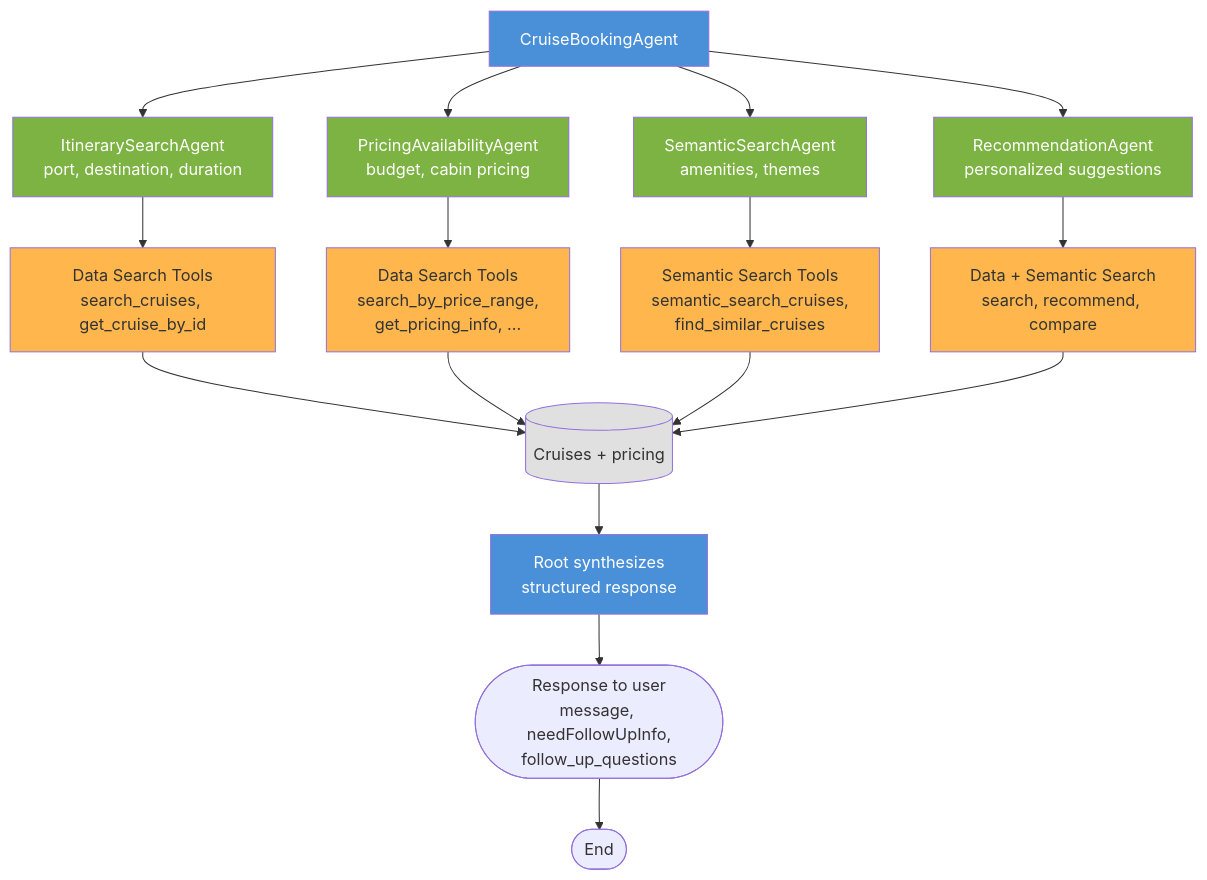
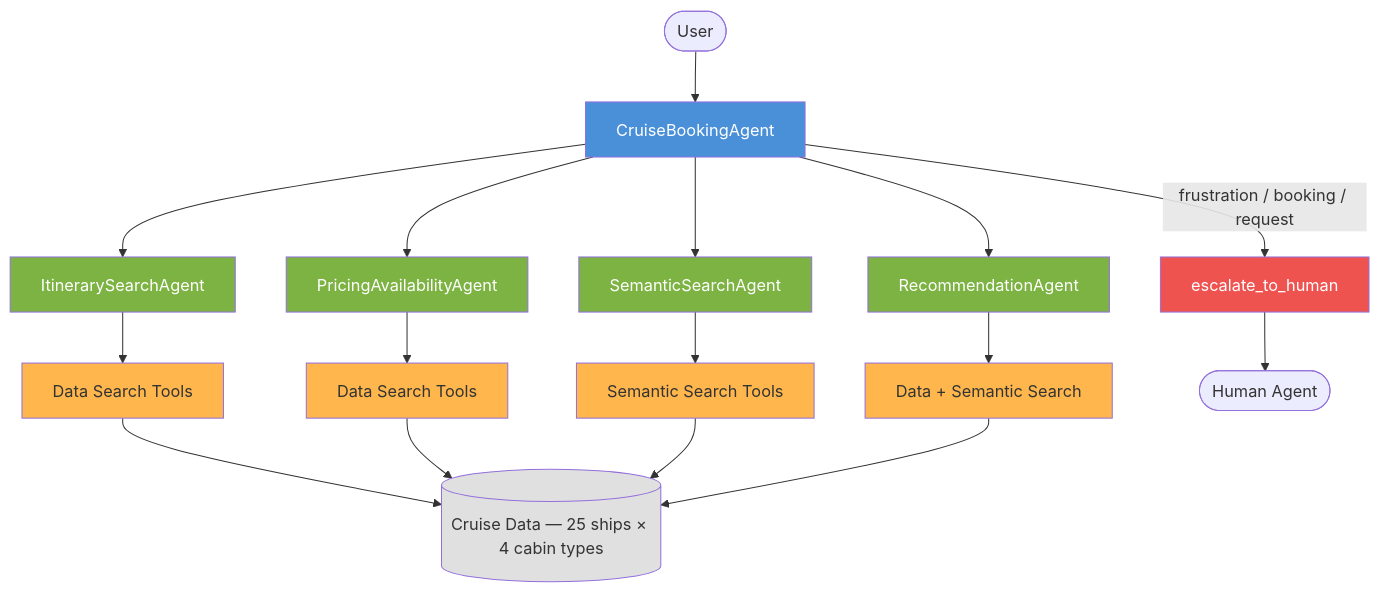
Before and after one commit to droidnext/agent-evals-demo: the diagram in README.md, drawn with Mermaid. The commit also changed other lines of this file and 22 other files, not shown here.

````diff
--- a/README.md
+++ b/README.md
@@ -26,30 +37,30 @@
 ```mermaid
 flowchart TB
-    RouteAgent[CruiseBookingAgent] --> Itinerary[ItinerarySearchAgent\nport, destination, duration]
-    RouteAgent --> Pricing[PricingAvailabilityAgent\nbudget, cabin pricing]
-    RouteAgent --> Search[SemanticSearchAgent\namenities, themes]
-    RouteAgent --> Rec[RecommendationAgent\npersonalized suggestions]
-    Itinerary --> Tools1[Data Search Tools\nsearch_cruises, get_cruise_by_id]
-    Pricing --> Tools2[Data Search Tools\nsearch_by_price_range,\nget_pricing_info, ...]
-    Search --> Tools3[Semantic Search Tools\nsemantic_search_cruises,\nfind_similar_cruises]
-    Rec --> Tools4[Data + Semantic Search\nsearch, recommend, compare]
-    Tools1 --> Data[(Cruises + pricing)]
+    User([User]) --> RouteAgent[CruiseBookingAgent]
+    RouteAgent --> Itinerary[ItinerarySearchAgent]
+    RouteAgent --> Pricing[PricingAvailabilityAgent]
+    RouteAgent --> Search[SemanticSearchAgent]
+    RouteAgent --> Rec[RecommendationAgent]
+    RouteAgent -->|frustration / booking / request| Escalate[escalate_to_human]
+    Itinerary --> Tools1[Data Search Tools]
+    Pricing --> Tools2[Data Search Tools]
+    Search --> Tools3[Semantic Search Tools]
+    Rec --> Tools4[Data + Semantic Search]
+    Tools1 --> Data[(Cruise Data — 25 ships × 4 cabin types)]
     Tools2 --> Data
     Tools3 --> Data
     Tools4 --> Data
-    Data --> Synthesize[Root synthesizes\nstructured response]
-    Synthesize --> Response([Response to user\nmessage, needFollowUpInfo,\nfollow_up_questions])
-    Response --> End([End])
+    Escalate --> Human([Human Agent])
 
     style RouteAgent fill:#4a90d9,color:#fff
     style Itinerary fill:#7cb342,color:#fff
     style Pricing fill:#7cb342,color:#fff
     style Search fill:#7cb342,color:#fff
     style Rec fill:#7cb342,color:#fff
+    style Escalate fill:#ef5350,color:#fff
     style Tools1 fill:#ffb74d
     style Tools2 fill:#ffb74d
     style Tools3 fill:#ffb74d
     style Tools4 fill:#ffb74d
     style Data fill:#e0e0e0
-    style Synthesize fill:#4a90d9,color:#fff
 ```
````
